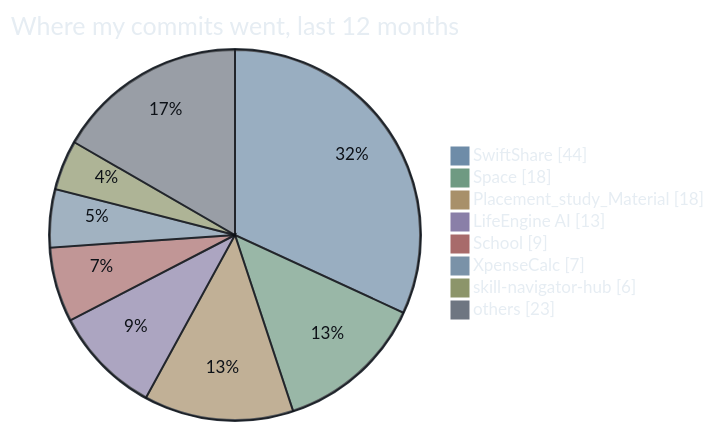
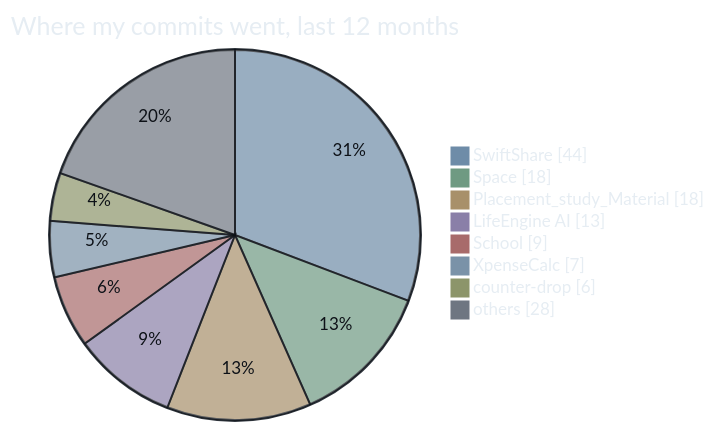
One commit to AyushPandey510/AyushPandey510 changed the seventh of 7 diagrams in README.md. Above: the diagram before and after it, drawn with Mermaid. The commit also changed other lines of this file and 10 other files, not shown here.

````diff
--- a/README.md
+++ b/README.md
@@ -187,12 +187,12 @@
 ```mermaid
 %%{init: {"theme":"base","themeVariables":{"pie1":"#6E8CA8","pie2":"#6F9A82","pie3":"#A8906A","pie4":"#8A7FA8","pie5":"#A86B6B","pie6":"#7A92A8","pie7":"#8C956A","pie8":"#6E7681","pieStrokeColor":"#0D1117","pieStrokeWidth":"2px","pieOuterStrokeColor":"#30363D","pieTitleTextColor":"#E6EDF3","pieSectionTextColor":"#0D1117","pieLegendTextColor":"#E6EDF3","fontFamily":"monospace"}}}%%
 pie showData title Where my commits went, last 12 months
     "SwiftShare" : 44
     "Space" : 18
     "Placement_study_Material" : 18
     "LifeEngine AI" : 13
     "School" : 9
     "XpenseCalc" : 7
-    "skill-navigator-hub" : 6
-    "others" : 23
+    "counter-drop" : 6
+    "others" : 28
 ```
````
